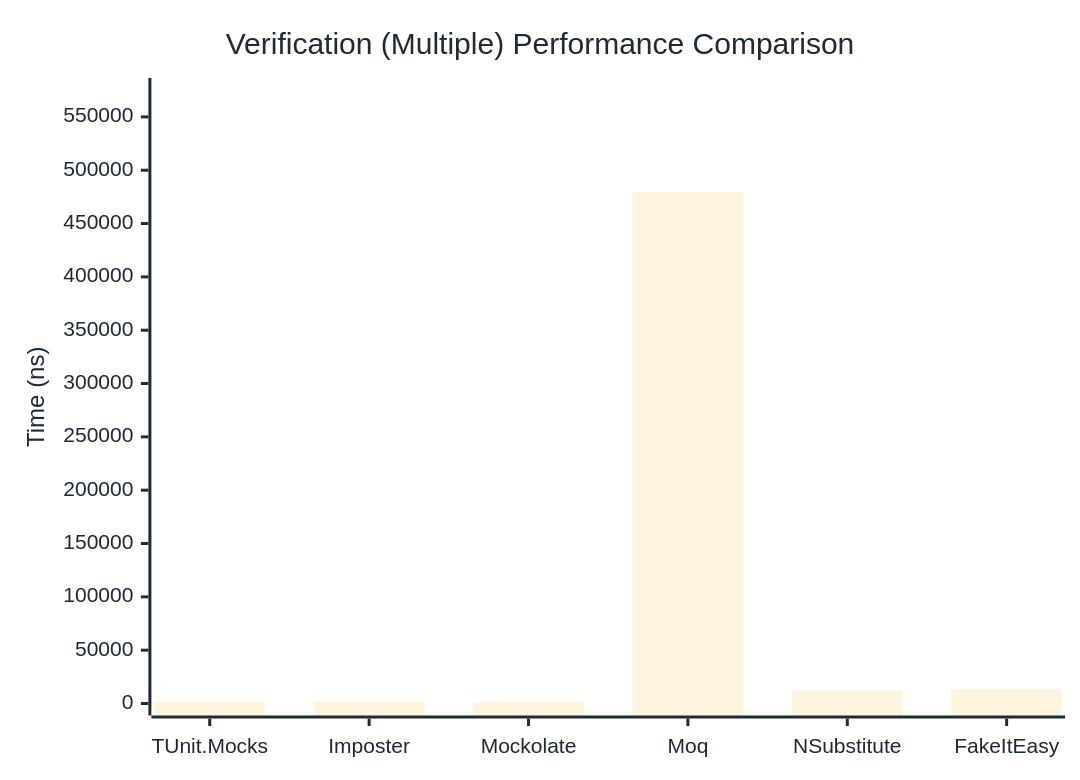
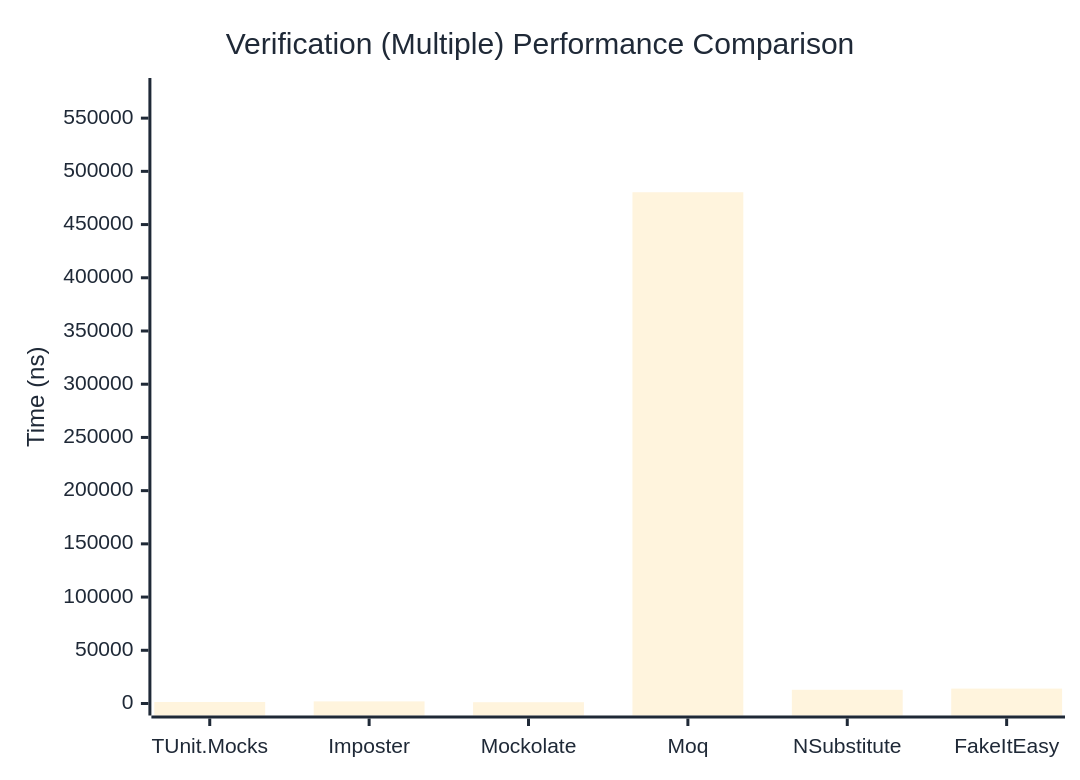
Before and after one commit to thomhurst/TUnit: the third of 3 diagrams in docs/docs/benchmarks/mocks/Verification.md, drawn with Mermaid. The commit also changed other lines of this file and 14 other files, not shown here.

````diff
--- a/docs/docs/benchmarks/mocks/Verification.md
+++ b/docs/docs/benchmarks/mocks/Verification.md
@@ -112,27 +112,27 @@
 ```mermaid
 %%{init: {
   'theme':'base',
   'themeVariables': {
     'primaryColor': '#2563eb',
     'primaryTextColor': '#1f2937',
     'primaryBorderColor': '#1e40af',
     'lineColor': '#6b7280',
     'secondaryColor': '#7c3aed',
     'tertiaryColor': '#dc2626',
     'background': '#ffffff',
     'pie1': '#2563eb',
     'pie2': '#7c3aed',
     'pie3': '#dc2626',
     'pie4': '#f59e0b',
     'pie5': '#10b981',
     'pie6': '#06b6d4',
     'pie7': '#ec4899',
     'pie8': '#6366f1'
   }
 }}%%
 xychart-beta
   title "Verification (Multiple) Performance Comparison"
   x-axis ["TUnit.Mocks", "Imposter", "Mockolate", "Moq", "NSubstitute", "FakeItEasy"]
-  y-axis "Time (ns)" 0 --> 575203
-  bar [1241.51, 1733.9, 1080.7, 479335.15, 12201.92, 13539.02]
+  y-axis "Time (ns)" 0 --> 576443
+  bar [1385.15, 1978.57, 1214.63, 480368.69, 12871.7, 13998.03]
 ```
````
